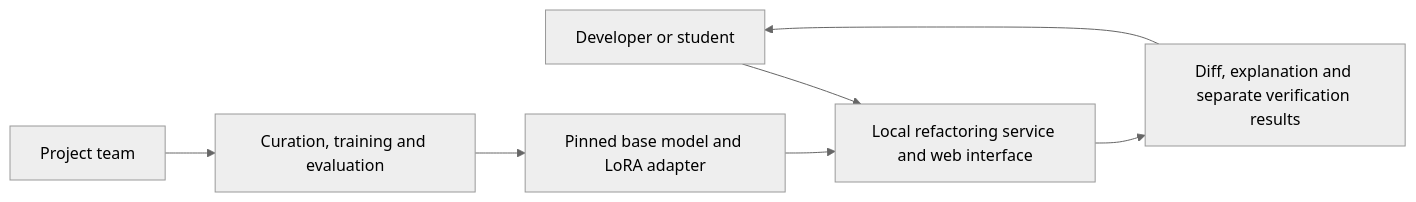
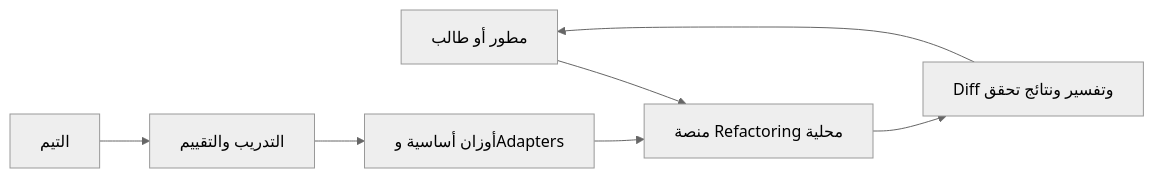
One commit to abdulrhmanmagdy1/grad-refactor-ai changed the first of 2 diagrams in docs/architecture/system-design.md. Above: the diagram before and after it, drawn with Mermaid (neutral theme). The commit also changed other lines of this file and 1229 other files, not shown here.

````diff
--- a/docs/architecture/system-design.md
+++ b/docs/architecture/system-design.md
@@ -7,9 +12,9 @@
 ```mermaid
 flowchart LR
-    U[Developer or student] --> S[Local refactoring service and web interface]
-    T[Project team] --> E[Curation, training and evaluation]
-    E --> W[Pinned base model and LoRA adapter]
+    U[مطور أو طالب] --> S[منصة Refactoring محلية]
+    T[التيم] --> E[التدريب والتقييم]
+    E --> W[أوزان أساسية وAdapters]
     W --> S
-    S --> R[Diff, explanation and separate verification results]
+    S --> R[Diff وتفسير ونتائج تحقق]
     R --> U
 ```
````
